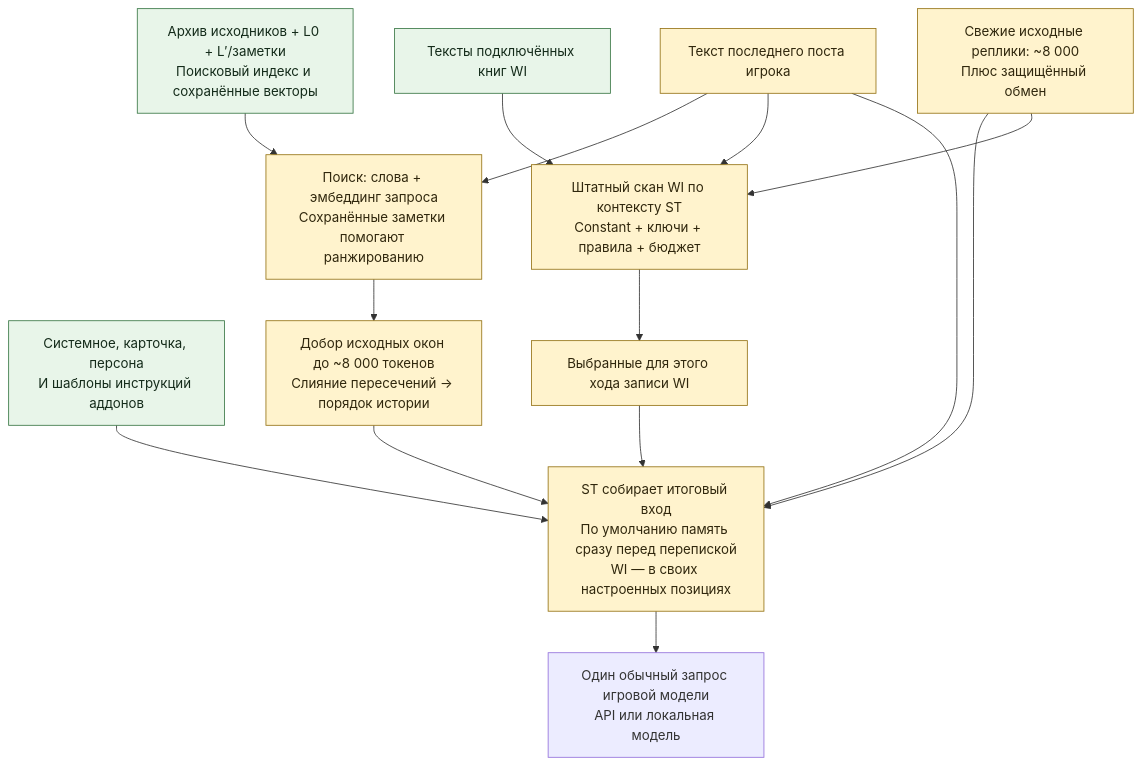
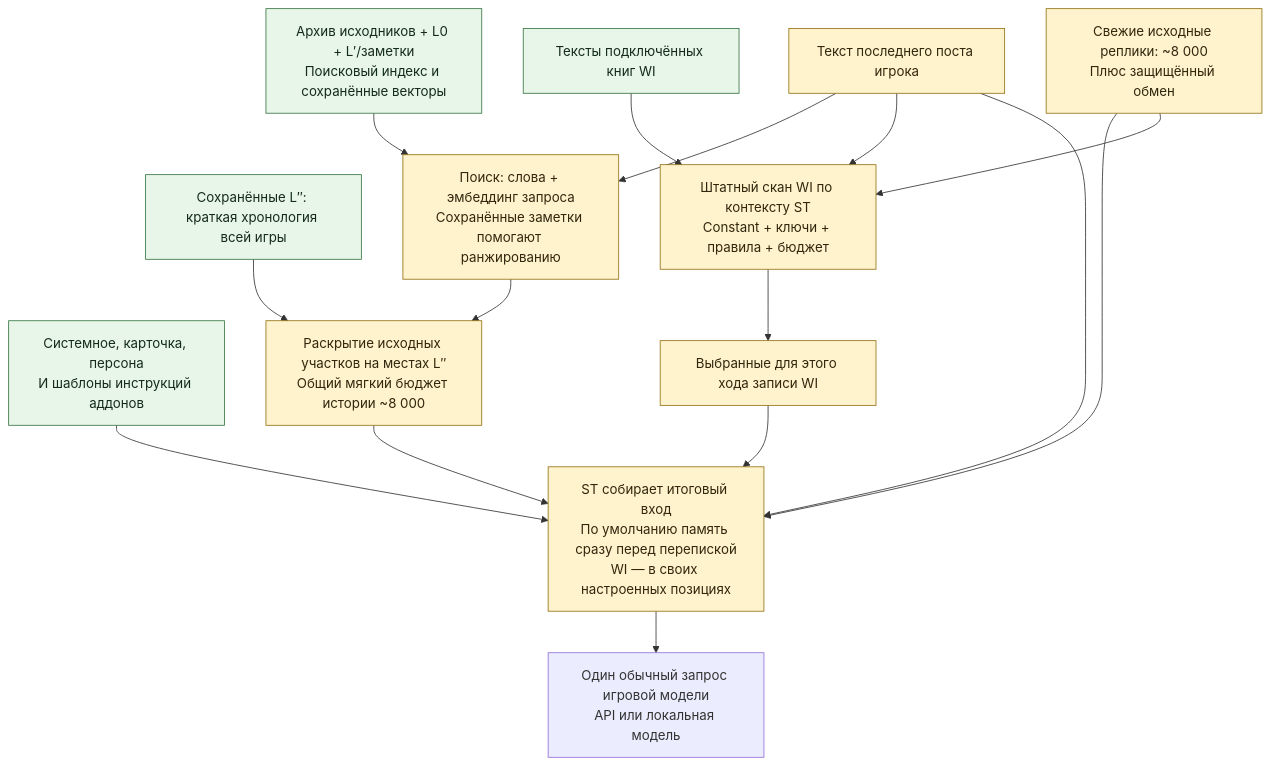
One commit to Ilya626/Extension-WorldMemory changed the second of 2 diagrams in README_RU.md. Above: the diagram before and after it, drawn with Mermaid. The commit also changed other lines of this file and 15 other files, not shown here.

````diff
--- a/README_RU.md
+++ b/README_RU.md
@@ -74,26 +77,28 @@
 ```mermaid
 flowchart TD
         C["Системное, карточка, персона<br/>И шаблоны инструкций аддонов"]
         I["Архив исходников + L0 + L′/заметки<br/>Поисковый индекс и сохранённые векторы"]
+        J["Сохранённые L″: краткая хронология всей игры"]
         W["Тексты подключённых книг WI"]
         Q["Текст последнего поста игрока"] --> R["Поиск: слова + эмбеддинг запроса<br/>Сохранённые заметки помогают ранжированию"]
-        R --> H["Добор исходных окон до ~8 000 токенов<br/>Слияние пересечений → порядок истории"]
+        R --> H["Раскрытие исходных участков на местах L″<br/>Общий мягкий бюджет истории ~8 000"]
+        J --> H
         T["Свежие исходные реплики: ~8 000<br/>Плюс защищённый обмен"]
         S["Штатный скан WI по контексту ST<br/>Constant + ключи + правила + бюджет"]
         S --> X["Выбранные для этого хода записи WI"]
         G["ST собирает итоговый вход<br/>По умолчанию память сразу перед перепиской<br/>WI — в своих настроенных позициях"]
         H --> G
         T --> G
         X --> G
     I --> R
     W --> S
     Q --> S
     T --> S
     Q --> G
     C --> G
     G --> M["Один обычный запрос игровой модели<br/>API или локальная модель"]
     classDef saved fill:#e8f5e9,stroke:#387644,color:#142b1a;
     classDef rebuilt fill:#fff3cd,stroke:#947214,color:#30270d;
-    class C,I,W saved;
+    class C,I,W,J saved;
     class Q,R,H,T,S,X,G rebuilt;
 ```
````
